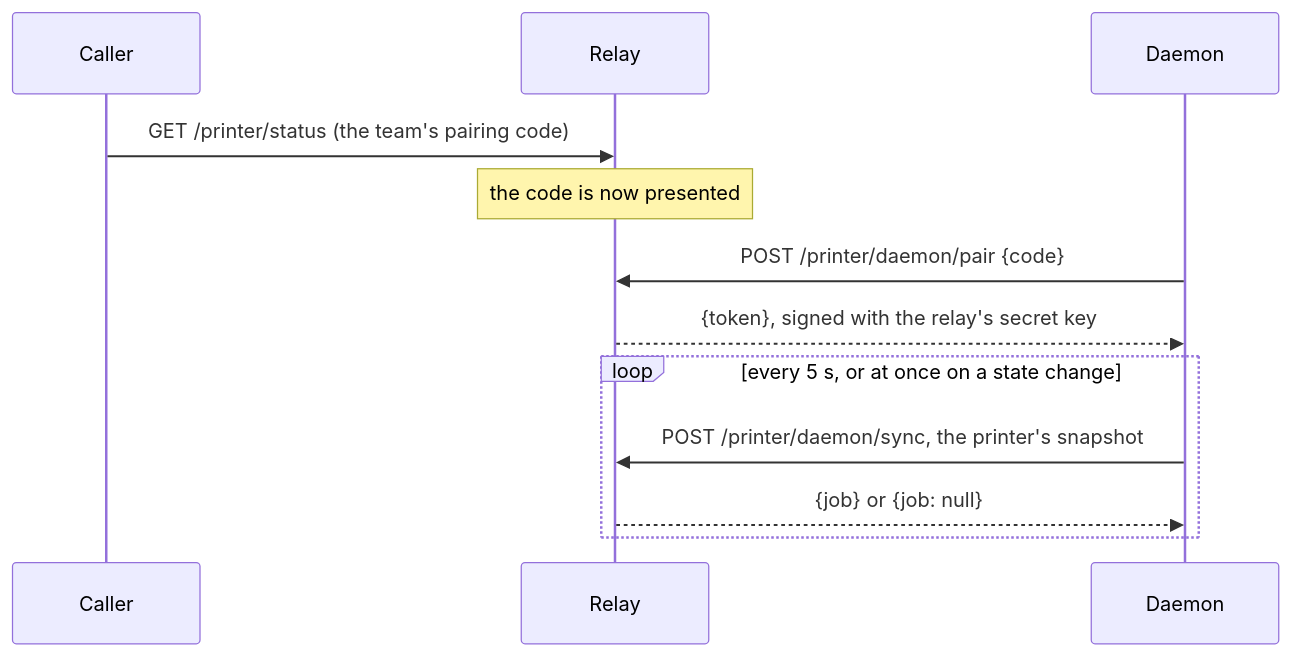
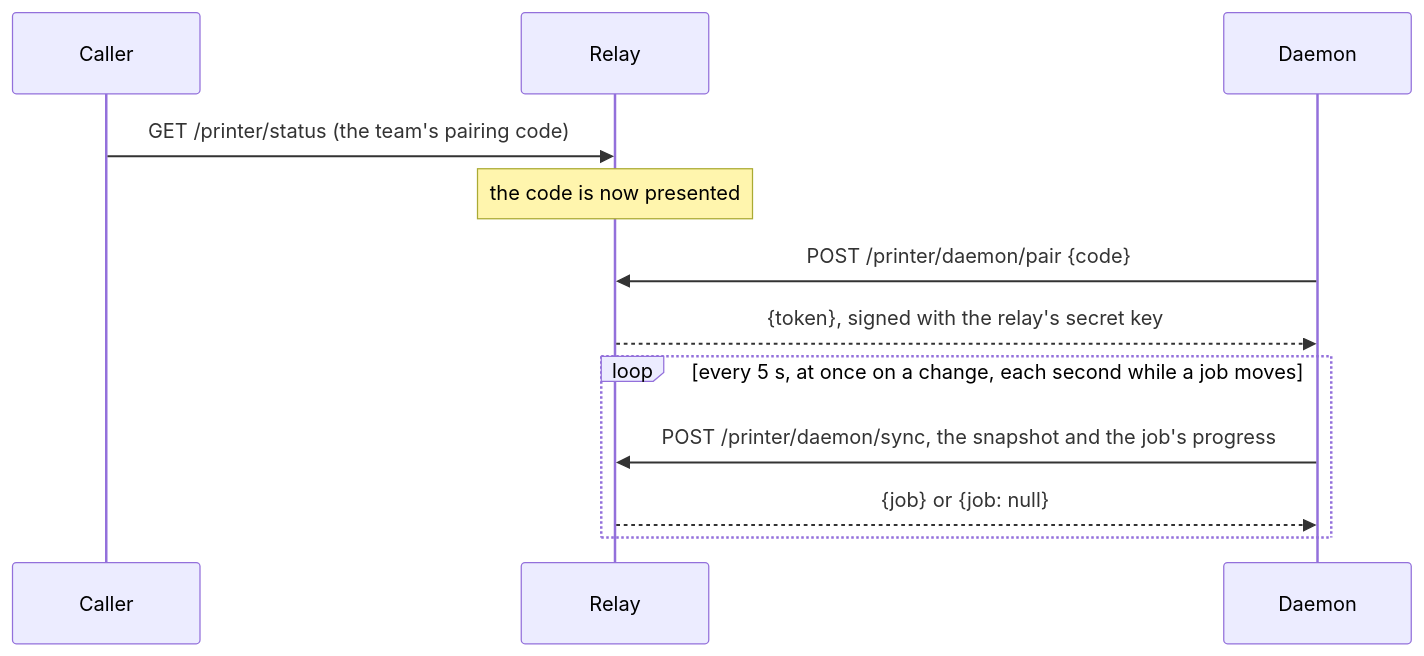
The first of 2 diagrams in delivery/README.md (6238/PenguinSlicer), drawn with Mermaid before and after one commit. The commit also changed other lines of this file and 63 other files, not shown here.

````diff
--- a/delivery/README.md
+++ b/delivery/README.md
@@ -53,14 +85,14 @@
 ```mermaid
 sequenceDiagram
     participant C as Caller
     participant R as Relay
     participant D as Daemon
     C->>R: GET /printer/status (the team's pairing code)
     Note over R: the code is now presented
     D->>R: POST /printer/daemon/pair {code}
     R-->>D: {token}, signed with the relay's secret key
-    loop every 5 s, or at once on a state change
-        D->>R: POST /printer/daemon/sync, the printer's snapshot
+    loop every 5 s, at once on a change, each second while a job moves
+        D->>R: POST /printer/daemon/sync, the snapshot and the job's progress
         R-->>D: {job} or {job: null}
     end
 ```
````
